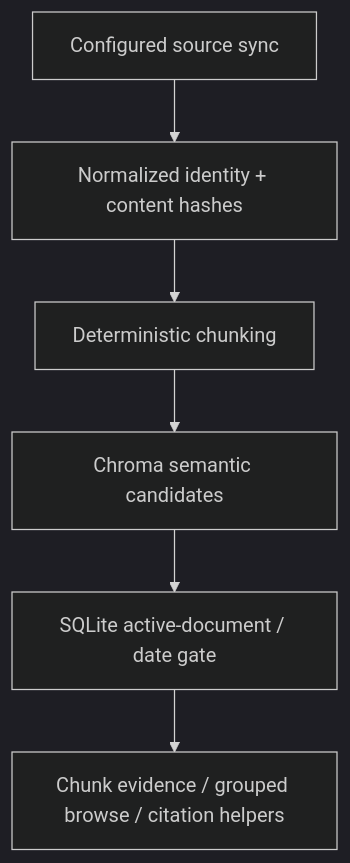
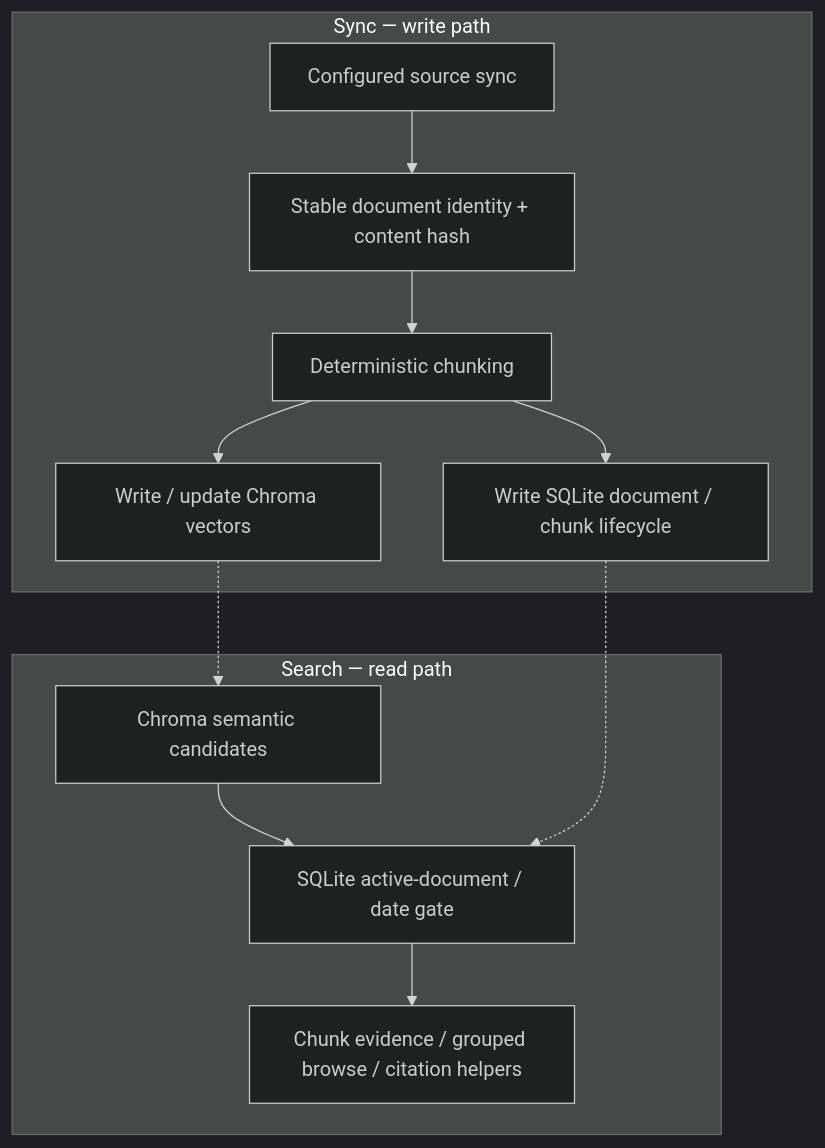
The second of 4 diagrams in .agents/docs/architecture.md (eunhwa99/MCPContentSearch), drawn with Mermaid (dark theme) before and after one commit. The commit also changed other lines of this file and 1 other file, not shown here.

````diff
--- a/.agents/docs/architecture.md
+++ b/.agents/docs/architecture.md
@@ -68,8 +84,15 @@
 ```mermaid
 flowchart TD
-  Sync[Configured source sync] --> Identity[Normalized identity + content hashes]
-  Identity --> Chunk[Deterministic chunking]
-  Chunk --> ChromaCand[Chroma semantic candidates]
-  ChromaCand --> Gate[SQLite active-document / date gate]
-  Gate --> Evidence[Chunk evidence / grouped browse / citation helpers]
+  subgraph syncWrite [Sync — write path]
+    Sync[Configured source sync] --> Identity[Stable document identity + content hash]
+    Identity --> Chunk[Deterministic chunking]
+    Chunk --> WriteChroma[Write / update Chroma vectors]
+    Chunk --> WriteSQL[Write SQLite document / chunk lifecycle]
+  end
+  subgraph searchRead [Search — read path]
+    Cand[Chroma semantic candidates] --> Gate[SQLite active-document / date gate]
+    Gate --> Evidence[Chunk evidence / grouped browse / citation helpers]
+  end
+  WriteChroma -.-> Cand
+  WriteSQL -.-> Gate
 ```
````
